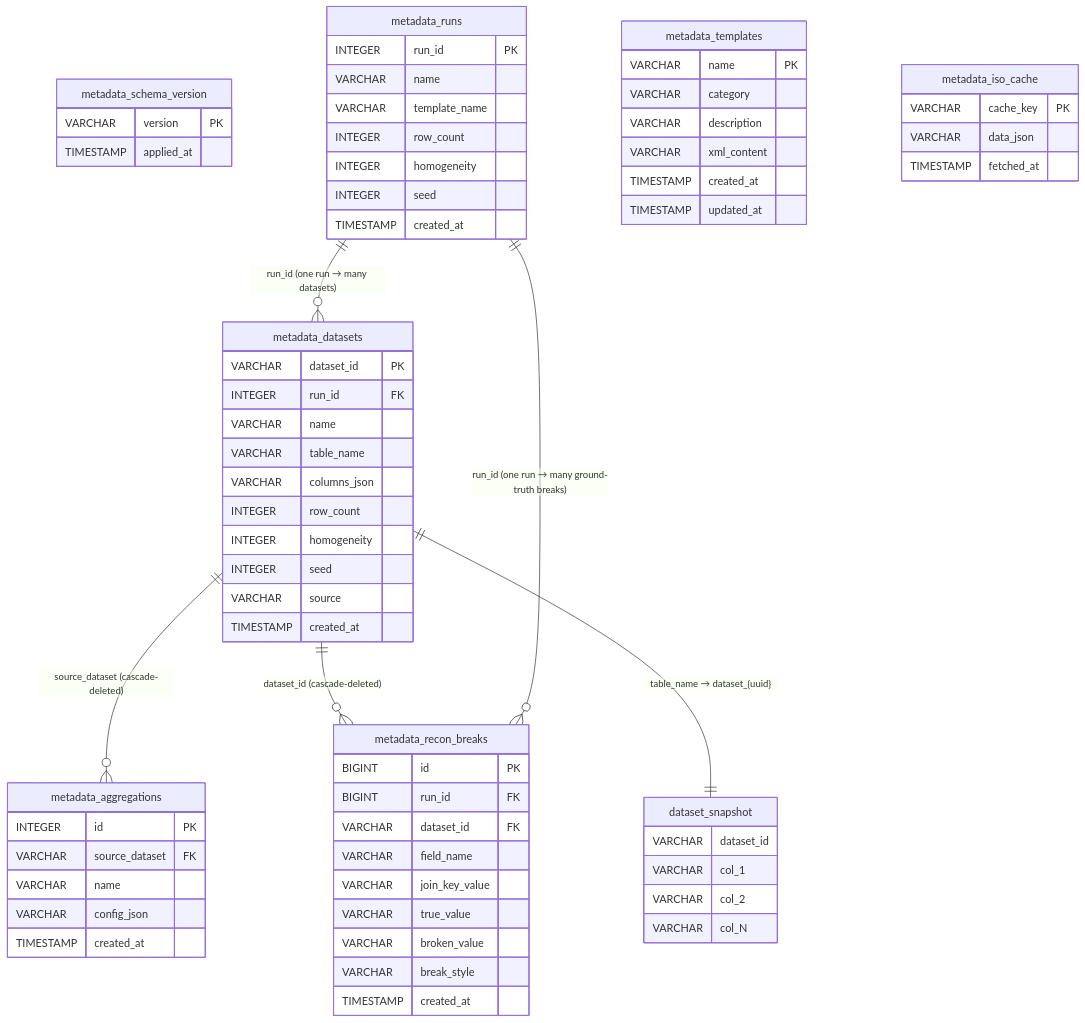
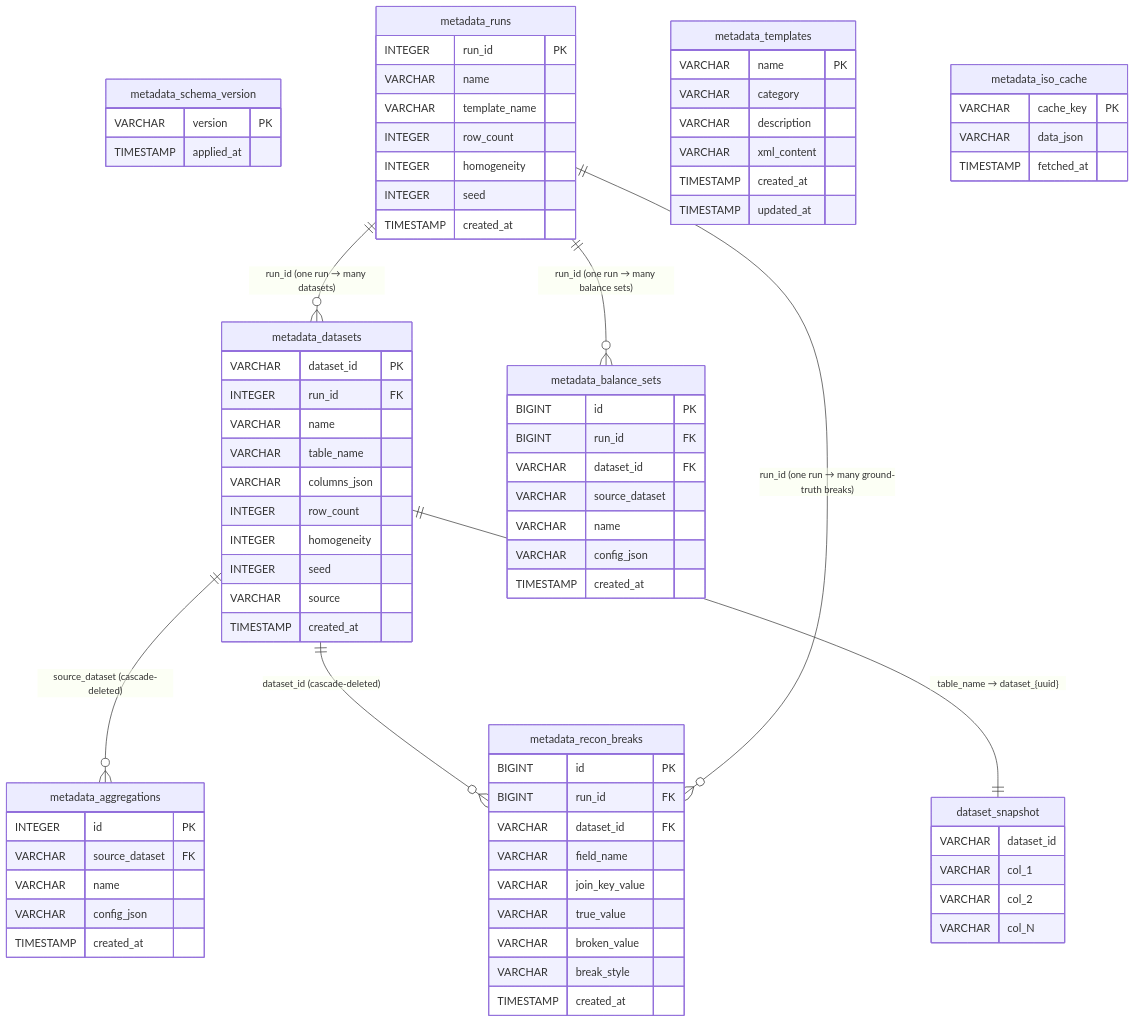
One commit to PatrickBateman-cmd/faker-app changed the sixth of 6 diagrams in ARCHITECTURE.md. Above: the diagram before and after it, drawn with Mermaid. The commit also changed other lines of this file and 16 other files, not shown here.

First line of the commit message:
feat: derive balance/reconciliation sets from generated transactions

````diff
--- a/ARCHITECTURE.md
+++ b/ARCHITECTURE.md
@@ -294,6 +294,16 @@
         TIMESTAMP created_at
     }
 
+    metadata_balance_sets {
+        BIGINT id PK
+        BIGINT run_id FK
+        VARCHAR dataset_id FK
+        VARCHAR source_dataset
+        VARCHAR name
+        VARCHAR config_json
+        TIMESTAMP created_at
+    }
+
     dataset_snapshot {
         VARCHAR dataset_id
         VARCHAR col_1
@@ -301,9 +311,10 @@
         VARCHAR col_N
     }
 
-    metadata_runs        ||--o{ metadata_datasets     : "run_id (one run → many datasets)"
+    metadata_runs        ||--o{ metadata_datasets      : "run_id (one run → many datasets)"
     metadata_datasets    ||--o{ metadata_aggregations  : "source_dataset (cascade-deleted)"
     metadata_datasets    ||--o{ metadata_recon_breaks  : "dataset_id (cascade-deleted)"
     metadata_runs        ||--o{ metadata_recon_breaks  : "run_id (one run → many ground-truth breaks)"
+    metadata_runs        ||--o{ metadata_balance_sets  : "run_id (one run → many balance sets)"
     metadata_datasets    ||--||  dataset_snapshot       : "table_name → dataset_{uuid}"
 ```
````
